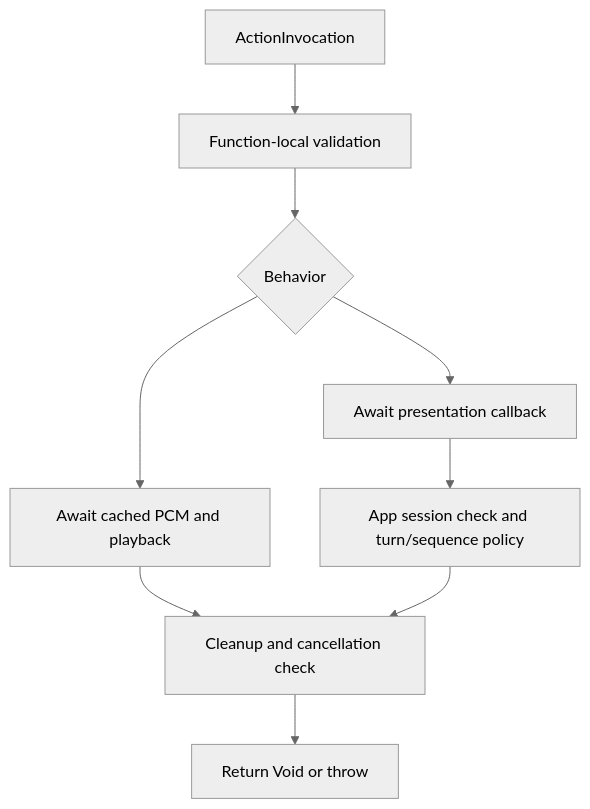
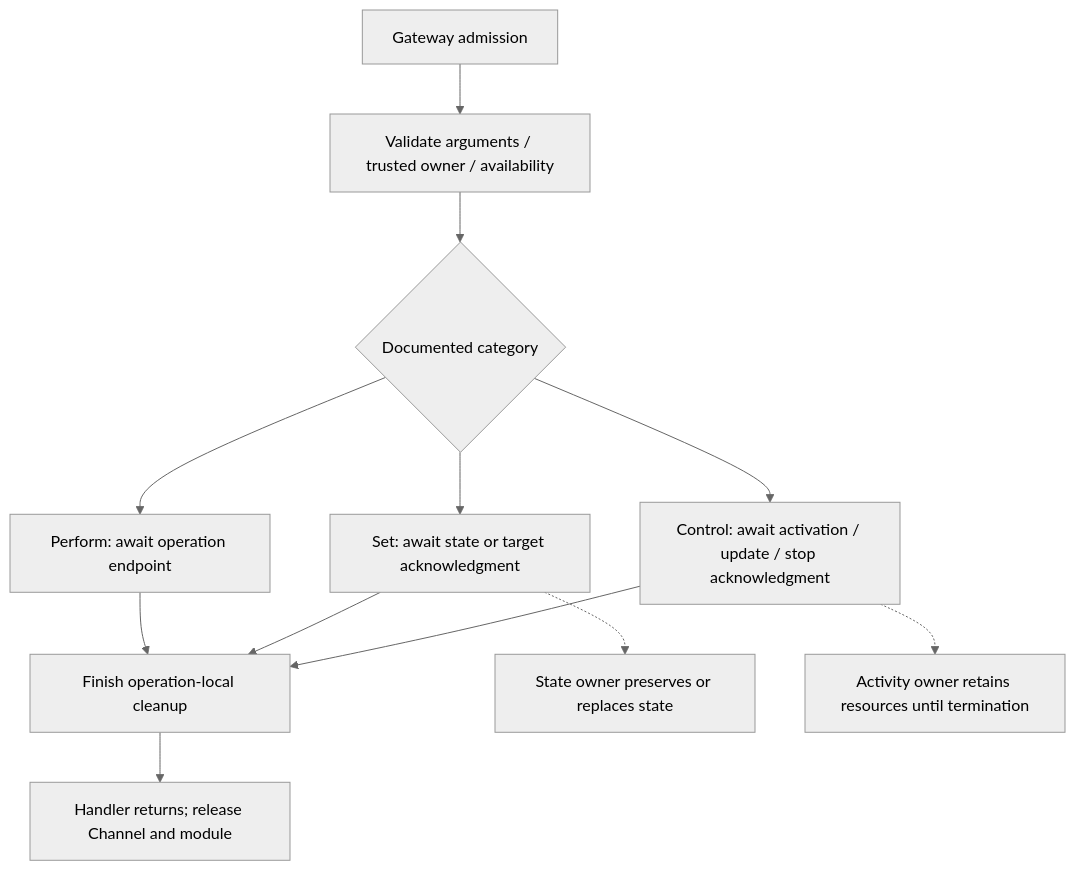
The second of 2 diagrams in MobileHarness/Actions/README.md (devilyouwei/MobileHarness), drawn with Mermaid (neutral theme) before and after one commit. The commit also changed other lines of this file and 131 other files, not shown here.

Commit message:
Define Action contracts and separate App UI composition

````diff
--- a/MobileHarness/Actions/README.md
+++ b/MobileHarness/Actions/README.md
@@ -43,11 +72,14 @@
 ```mermaid
 flowchart TD
-    Invocation[ActionInvocation] --> Validate[Function-local validation]
-    Validate --> Kind{Behavior}
-    Kind --> Speech[Await cached PCM and playback]
-    Kind --> UI[Await presentation callback]
-    UI --> Policy[App session check and turn/sequence policy]
-    Speech --> Finish[Cleanup and cancellation check]
-    Policy --> Finish
-    Finish --> Done[Return Void or throw]
+    Admit[Gateway admission] --> Validate[Validate arguments / trusted owner / availability]
+    Validate --> Kind{Documented category}
+    Kind --> Perform[Perform: await operation endpoint]
+    Kind --> Set[Set: await state or target acknowledgment]
+    Kind --> Control[Control: await activation / update / stop acknowledgment]
+    Perform --> Finish[Finish operation-local cleanup]
+    Set --> Finish
+    Control --> Finish
+    Finish --> Return[Handler returns; release Channel and module]
+    Set -.-> State[State owner preserves or replaces state]
+    Control -.-> Activity[Activity owner retains resources until termination]
 ```
````
